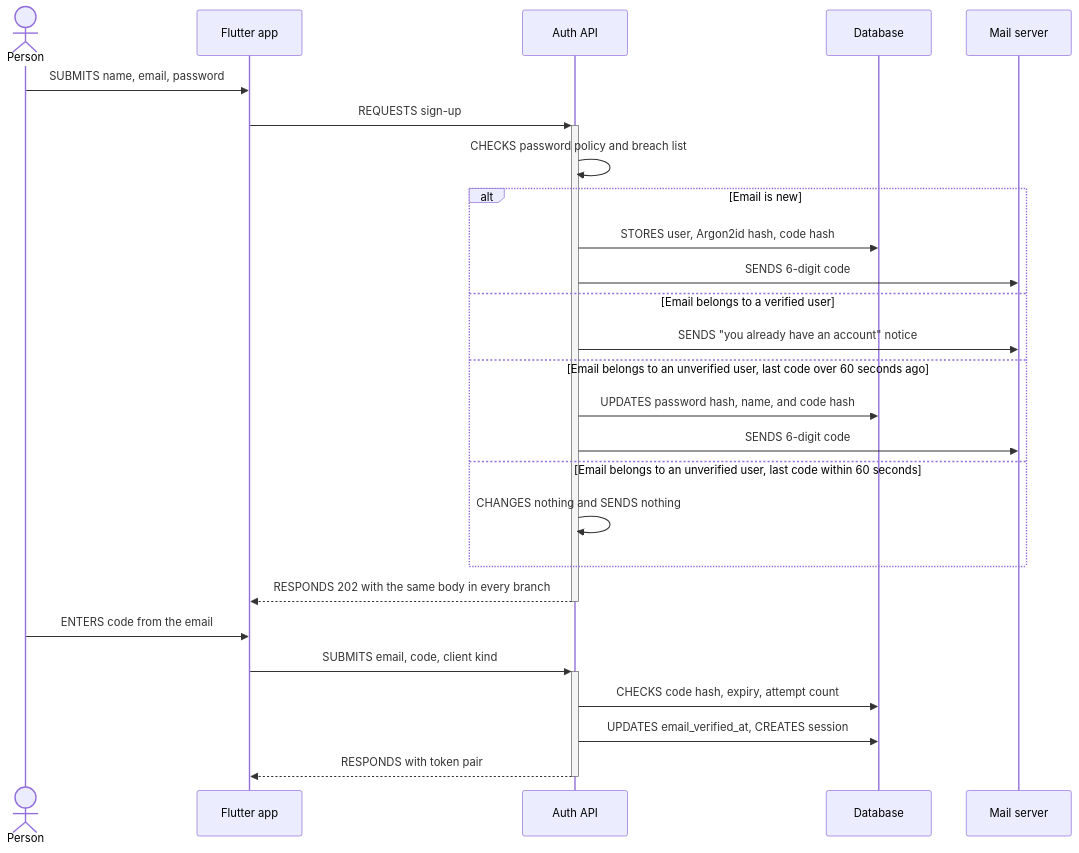
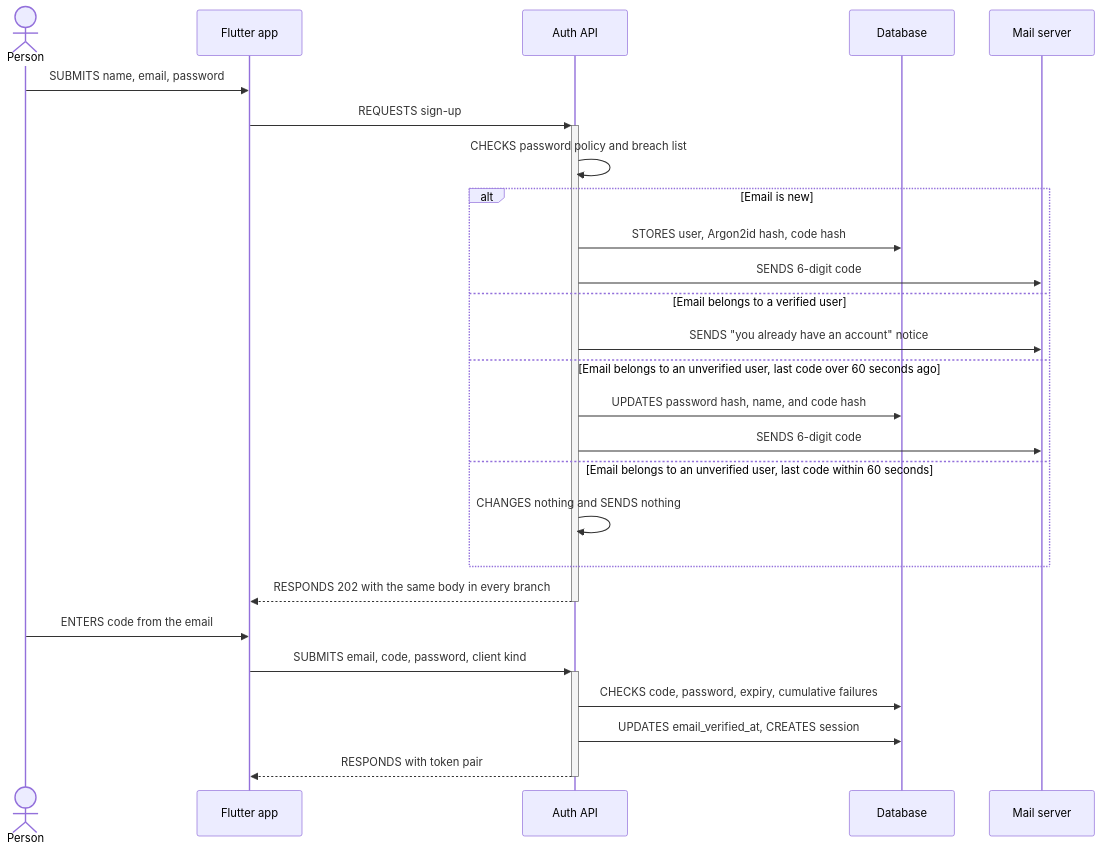
Before and after one commit to fam-tung-lam/job_status_found: the second of 6 diagrams in ai/specs/18_09_2026__auth/18_09_2026__auth-specification.md, drawn with Mermaid. The commit also changed other lines of this file and 9 other files, not shown here.

Commit message:
docs(auth): align specification with session flows

````diff
--- a/ai/specs/18_09_2026__auth/18_09_2026__auth-specification.md
+++ b/ai/specs/18_09_2026__auth/18_09_2026__auth-specification.md
@@ -267,31 +287,31 @@
 ```mermaid
 sequenceDiagram
     actor Person
     participant FlutterApp as Flutter app
     participant AuthApi as Auth API
     participant Database
     participant MailServer as Mail server
     Person ->> FlutterApp: SUBMITS name, email, password
     FlutterApp ->>+ AuthApi: REQUESTS sign-up
     AuthApi ->> AuthApi: CHECKS password policy and breach list
 
     alt Email is new
         AuthApi ->> Database: STORES user, Argon2id hash, code hash
         AuthApi ->> MailServer: SENDS 6-digit code
     else Email belongs to a verified user
         AuthApi ->> MailServer: SENDS "you already have an account" notice
     else Email belongs to an unverified user, last code over 60 seconds ago
         AuthApi ->> Database: UPDATES password hash, name, and code hash
         AuthApi ->> MailServer: SENDS 6-digit code
     else Email belongs to an unverified user, last code within 60 seconds
         AuthApi ->> AuthApi: CHANGES nothing and SENDS nothing
     end
 
     AuthApi -->> FlutterApp: RESPONDS 202 with the same body in every branch
     deactivate AuthApi
     Person ->> FlutterApp: ENTERS code from the email
-    FlutterApp ->>+ AuthApi: SUBMITS email, code, client kind
-    AuthApi ->> Database: CHECKS code hash, expiry, attempt count
+    FlutterApp ->>+ AuthApi: SUBMITS email, code, password, client kind
+    AuthApi ->> Database: CHECKS code, password, expiry, cumulative failures
     AuthApi ->> Database: UPDATES email_verified_at, CREATES session
     AuthApi -->>- FlutterApp: RESPONDS with token pair
 ```
````
